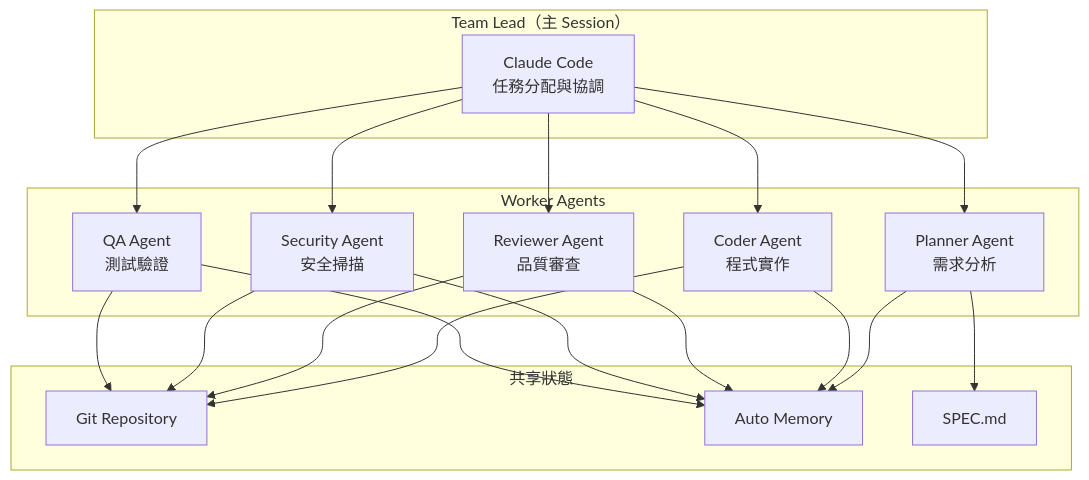
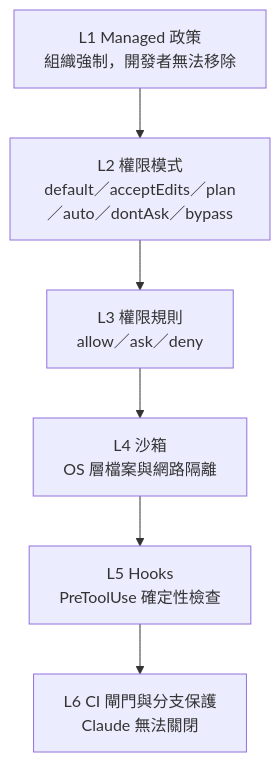
The third of 9 diagrams in content/posts/教學/AI開發/Claude Code SSDLC（AI軟體開發生命週期）教學手冊.md (chihhung/Blog), drawn with Mermaid before and after one commit. The commit also changed other lines of this file and 5 other files, not shown here.

````diff
--- a/content/posts/教學/AI開發/Claude Code SSDLC（AI軟體開發生命週期）教學手冊.md
+++ b/content/posts/教學/AI開發/Claude Code SSDLC（AI軟體開發生命週期）教學手冊.md
@@ -1859,38 +1166,10 @@
 ```mermaid
-graph TB
-    subgraph TeamLead["Team Lead（主 Session）"]
-        TL["Claude Code<br/>任務分配與協調"]
-    end
-
-    subgraph Workers["Worker Agents"]
-        W1["Planner Agent<br/>需求分析"]
-        W2["Coder Agent<br/>程式實作"]
-        W3["Reviewer Agent<br/>品質審查"]
-        W4["Security Agent<br/>安全掃描"]
-        W5["QA Agent<br/>測試驗證"]
-    end
-
-    subgraph SharedState["共享狀態"]
-        GIT["Git Repository"]
-        MEM["Auto Memory"]
-        SPEC["SPEC.md"]
-    end
-
-    TL --> W1
-    TL --> W2
-    TL --> W3
-    TL --> W4
-    TL --> W5
-
-    W1 --> SPEC
-    W2 --> GIT
-    W3 --> GIT
-    W4 --> GIT
-    W5 --> GIT
-    
-    W1 --> MEM
-    W2 --> MEM
-    W3 --> MEM
-    W4 --> MEM
-    W5 --> MEM
+flowchart TB
+    L1["L1 Managed 政策<br/>組織強制，開發者無法移除"]
+    L2["L2 權限模式<br/>default／acceptEdits／plan／auto／dontAsk／bypass"]
+    L3["L3 權限規則<br/>allow／ask／deny"]
+    L4["L4 沙箱<br/>OS 層檔案與網路隔離"]
+    L5["L5 Hooks<br/>PreToolUse 確定性檢查"]
+    L6["L6 CI 閘門與分支保護<br/>Claude 無法關閉"]
+    L1 --> L2 --> L3 --> L4 --> L5 --> L6
 ```
````
